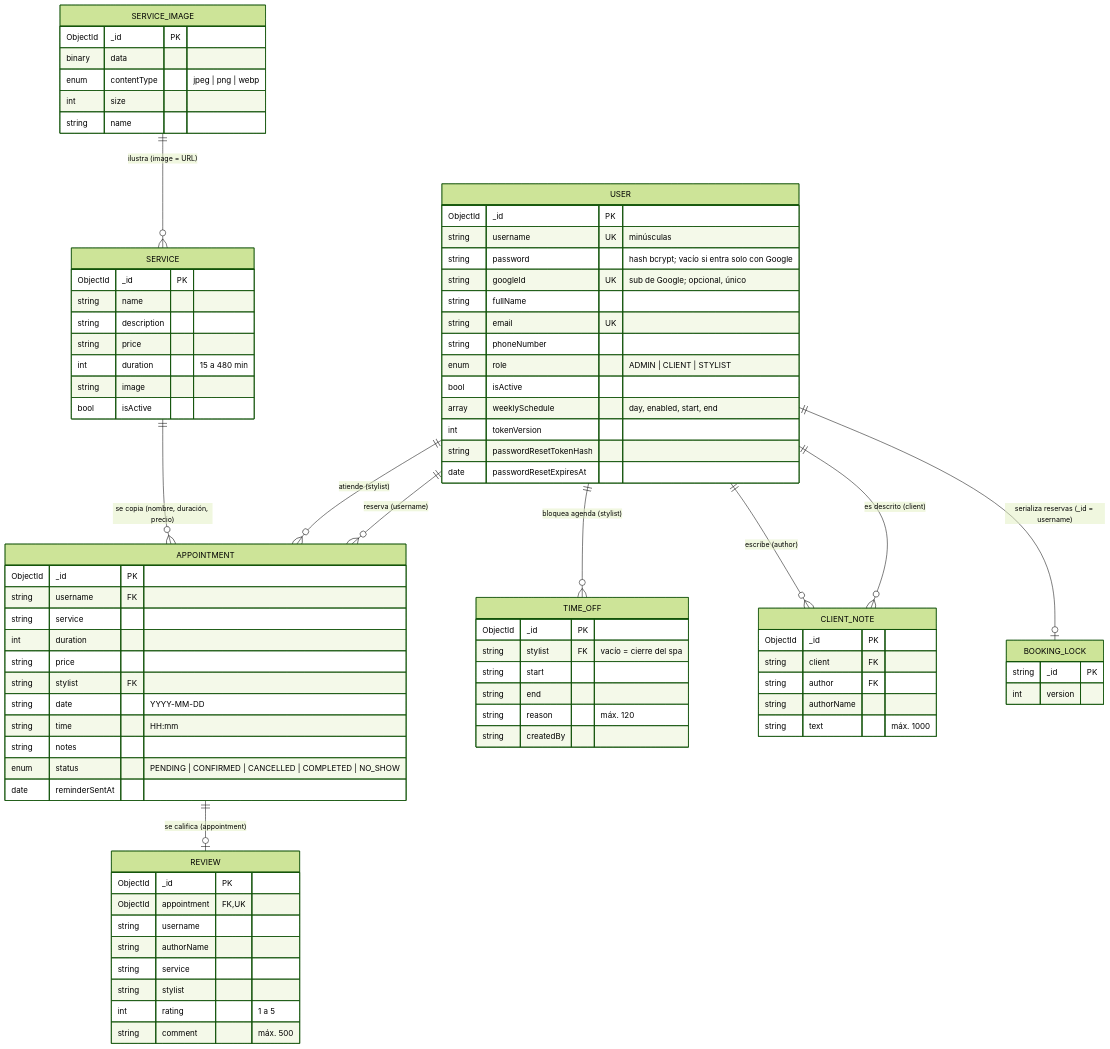
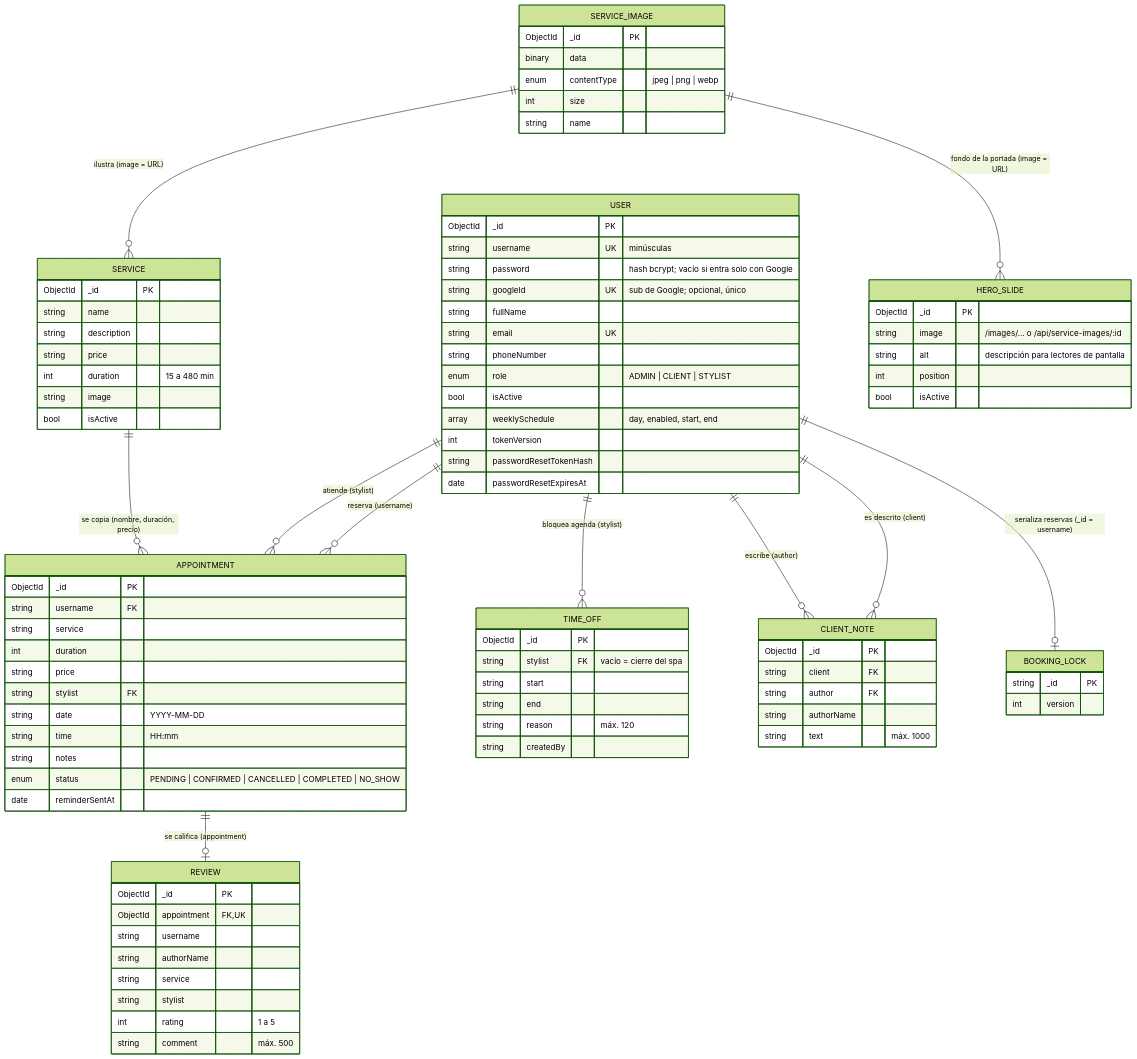
The diagram in docs/10-logica-de-datos/diagrama-de-colecciones.mmd (Omarcito-28/spa4.0), drawn with Mermaid (forest theme) before and after one commit. The commit also changed 16 other files, not shown here.

```diff
--- a/docs/10-logica-de-datos/diagrama-de-colecciones.mmd
+++ b/docs/10-logica-de-datos/diagrama-de-colecciones.mmd
@@ -1,83 +1,91 @@
 erDiagram
   USER ||--o{ APPOINTMENT : "reserva (username)"
   USER ||--o{ APPOINTMENT : "atiende (stylist)"
   SERVICE ||--o{ APPOINTMENT : "se copia (nombre, duración, precio)"
   APPOINTMENT ||--o| REVIEW : "se califica (appointment)"
   USER ||--o{ TIME_OFF : "bloquea agenda (stylist)"
   USER ||--o{ CLIENT_NOTE : "es descrito (client)"
   USER ||--o{ CLIENT_NOTE : "escribe (author)"
   SERVICE_IMAGE ||--o{ SERVICE : "ilustra (image = URL)"
+  SERVICE_IMAGE ||--o{ HERO_SLIDE : "fondo de la portada (image = URL)"
   USER ||--o| BOOKING_LOCK : "serializa reservas (_id = username)"
   USER {
     ObjectId _id PK
     string username UK "minúsculas"
     string password "hash bcrypt; vacío si entra solo con Google"
     string googleId UK "sub de Google; opcional, único"
     string fullName
     string email UK
     string phoneNumber
     enum role "ADMIN | CLIENT | STYLIST"
     bool isActive
     array weeklySchedule "day, enabled, start, end"
     int tokenVersion
     string passwordResetTokenHash
     date passwordResetExpiresAt
+  }
+  HERO_SLIDE {
+    ObjectId _id PK
+    string image "/images/... o /api/service-images/:id"
+    string alt "descripción para lectores de pantalla"
+    int position
+    bool isActive
   }
   SERVICE {
     ObjectId _id PK
     string name
     string description
     string price
     int duration "15 a 480 min"
     string image
     bool isActive
   }
   APPOINTMENT {
     ObjectId _id PK
     string username FK
     string service
     int duration
     string price
     string stylist FK
     string date "YYYY-MM-DD"
     string time "HH:mm"
     string notes
     enum status "PENDING | CONFIRMED | CANCELLED | COMPLETED | NO_SHOW"
     date reminderSentAt
   }
   REVIEW {
     ObjectId _id PK
     ObjectId appointment FK,UK
     string username
     string authorName
     string service
     string stylist
     int rating "1 a 5"
     string comment "máx. 500"
   }
   TIME_OFF {
     ObjectId _id PK
     string stylist FK "vacío = cierre del spa"
     string start
     string end
     string reason "máx. 120"
     string createdBy
   }
   CLIENT_NOTE {
     ObjectId _id PK
     string client FK
     string author FK
     string authorName
     string text "máx. 1000"
   }
   SERVICE_IMAGE {
     ObjectId _id PK
     binary data
     enum contentType "jpeg | png | webp"
     int size
     string name
   }
   BOOKING_LOCK {
     string _id PK
     int version
   }
```
